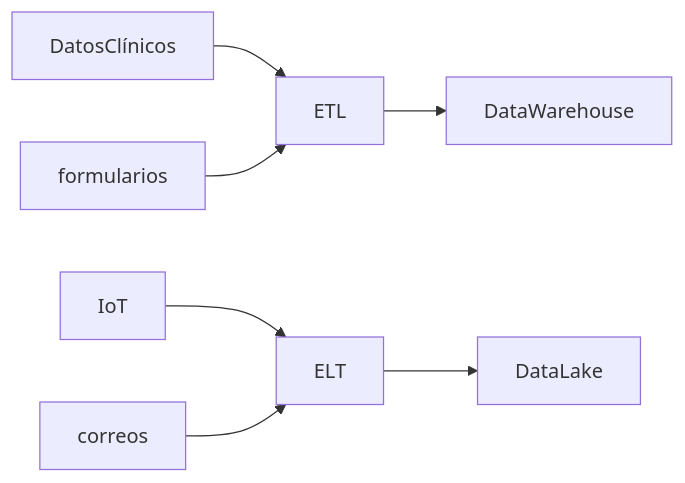
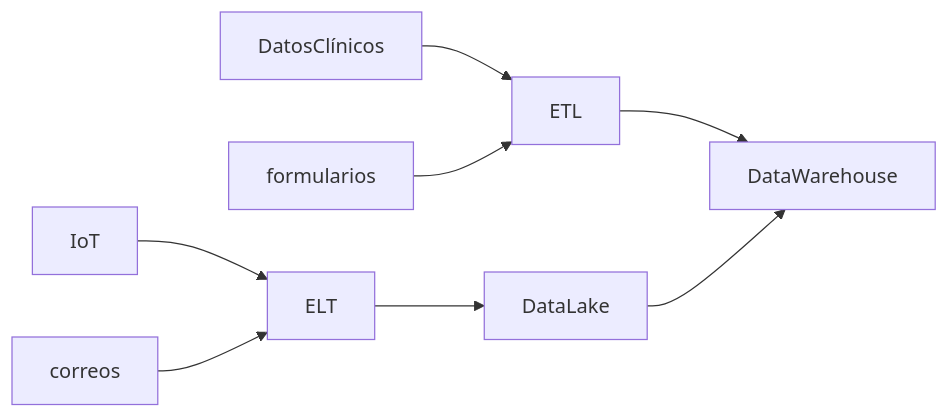
The first of 5 diagrams in README.md (git-jrm/ing-datos-M5), drawn with Mermaid before and after one commit.

````diff
--- a/README.md
+++ b/README.md
@@ -43,9 +43,10 @@
 ```mermaid
 graph LR;
   DatosClínicos-->ETL;
   formularios-->ETL;
   IoT-->ELT;
   correos-->ELT;
+  ELT-->DataLake;
   ETL-->DataWarehouse;
-  ELT-->DataLake;
+  DataLake-->DataWarehouse;
 ```
````
